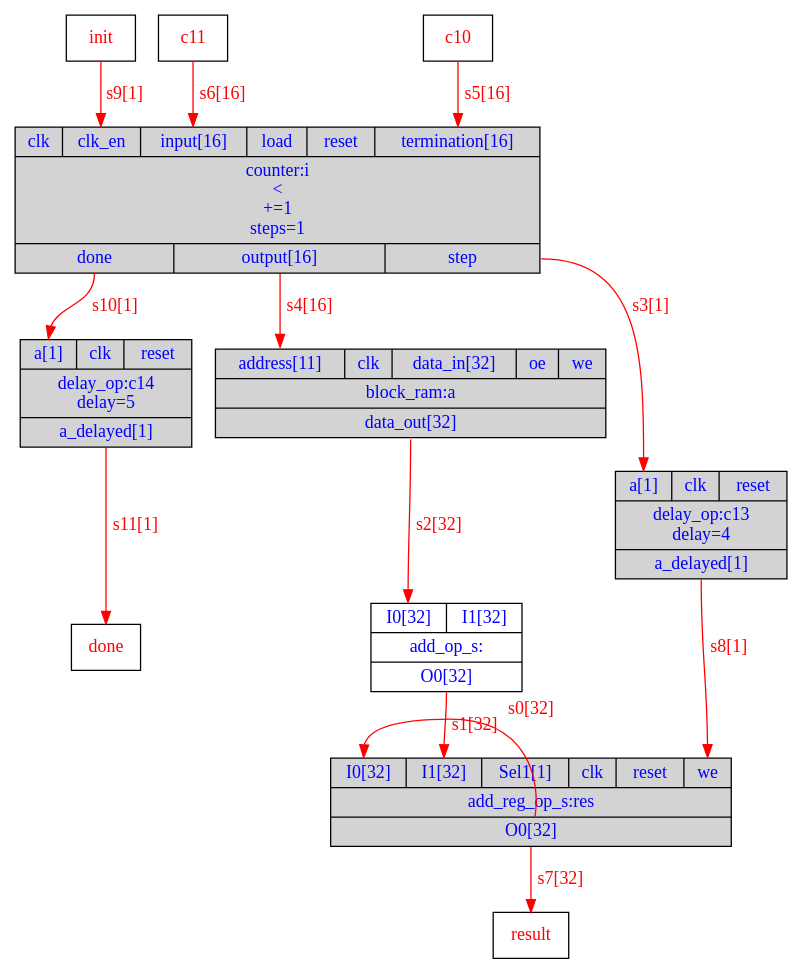
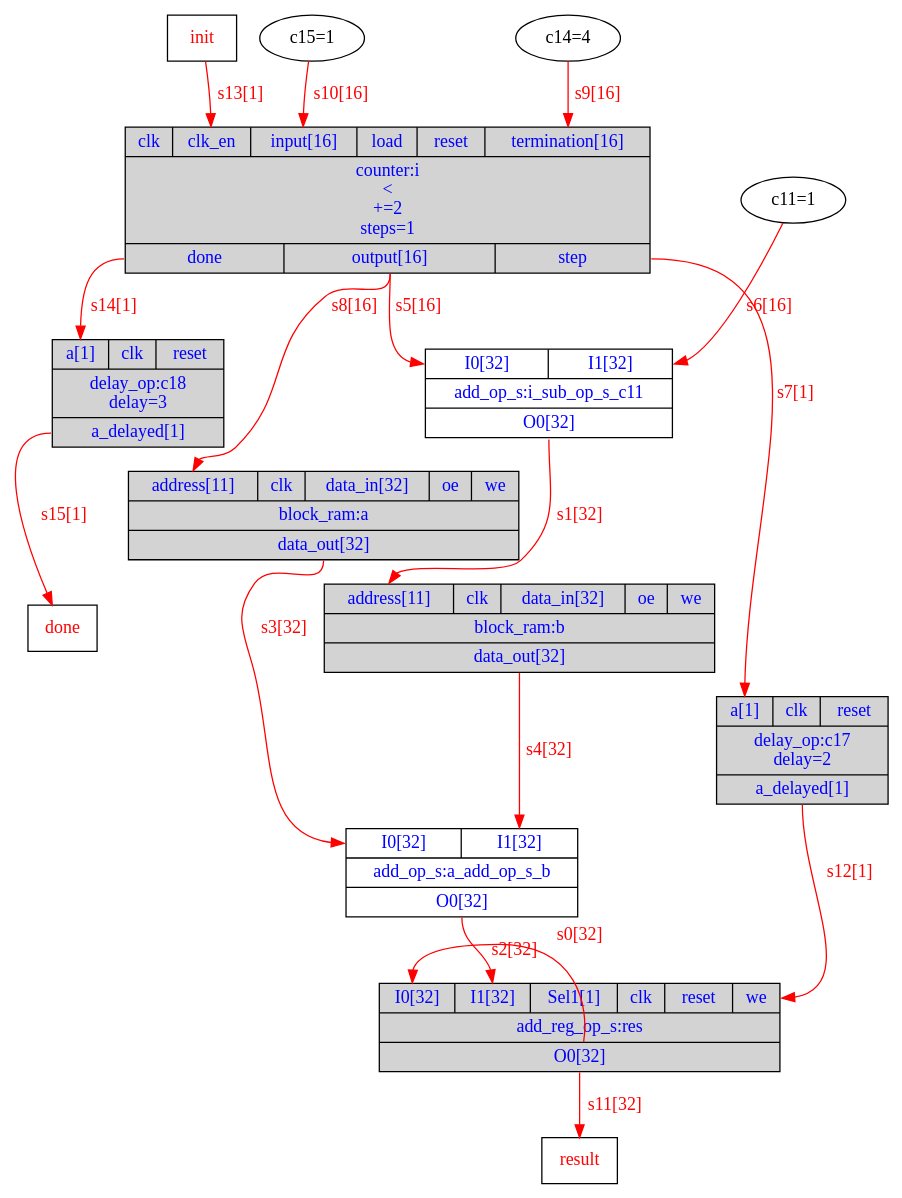
The diagram in Exemplos/indiceVec/DOT/Exemplo_HW.dot (menotti/lalp), drawn with Graphviz before and after one commit. The commit also changed 44 other files, not shown here.

```diff
--- a/Exemplos/indiceVec/DOT/Exemplo_HW.dot
+++ b/Exemplos/indiceVec/DOT/Exemplo_HW.dot
@@ -1,22 +1,28 @@
 digraph diagram {
 // Components (Nodes) 
-"i" [shape=record, fontcolor=blue, style="filled", fillcolor="lightgray", label="{{<clk>clk|<clk_en>clk_en|<input>input[16]|<load>load|<reset>reset|<termination>termination[16]}|counter:i\n\<\n+=1\nsteps=1|{<done>done|<output>output[16]|<step>step}}"]; 
+"i" [shape=record, fontcolor=blue, style="filled", fillcolor="lightgray", label="{{<clk>clk|<clk_en>clk_en|<input>input[16]|<load>load|<reset>reset|<termination>termination[16]}|counter:i\n\<\n+=2\nsteps=1|{<done>done|<output>output[16]|<step>step}}"]; 
 "res" [shape=record, fontcolor=blue, style="filled", fillcolor="lightgray", label="{{<I0>I0[32]|<I1>I1[32]|<Sel1>Sel1[1]|<clk>clk|<reset>reset|<we>we}|add_reg_op_s:res|{<O0>O0[32]}}"]; 
-"" [shape=record, fontcolor=blue, label="{{<I0>I0[32]|<I1>I1[32]}|add_op_s:|{<O0>O0[32]}}"]; 
+"a_add_op_s_b" [shape=record, fontcolor=blue, label="{{<I0>I0[32]|<I1>I1[32]}|add_op_s:a_add_op_s_b|{<O0>O0[32]}}"]; 
 "a" [shape=record, fontcolor=blue, style="filled", fillcolor="lightgray", label="{{<address>address[11]|<clk>clk|<data_in>data_in[32]|<oe>oe|<we>we}|block_ram:a|{<data_out>data_out[32]}}"]; 
-"init" [shape=msquare fontcolor=red label="init"]"done" [shape=msquare fontcolor=red label="done"]"c10" [shape=msquare fontcolor=red label="c10"]"c11" [shape=msquare fontcolor=red label="c11"]"result" [shape=msquare fontcolor=red label="result"]"c13" [shape=record, fontcolor=blue, style="filled", fillcolor="lightgray", label="{{<a>a[1]|<clk>clk|<reset>reset}|delay_op:c13\ndelay=4|{<a_delayed>a_delayed[1]}}"]; 
-"c14" [shape=record, fontcolor=blue, style="filled", fillcolor="lightgray", label="{{<a>a[1]|<clk>clk|<reset>reset}|delay_op:c14\ndelay=5|{<a_delayed>a_delayed[1]}}"]; 
+"b" [shape=record, fontcolor=blue, style="filled", fillcolor="lightgray", label="{{<address>address[11]|<clk>clk|<data_in>data_in[32]|<oe>oe|<we>we}|block_ram:b|{<data_out>data_out[32]}}"]; 
+"i_sub_op_s_c11" [shape=record, fontcolor=blue, label="{{<I0>I0[32]|<I1>I1[32]}|add_op_s:i_sub_op_s_c11|{<O0>O0[32]}}"]; 
+"c11" [fontcolor=b label="c11=1"]"init" [shape=msquare fontcolor=red label="init"]"done" [shape=msquare fontcolor=red label="done"]"c14" [fontcolor=b label="c14=4"]"c15" [fontcolor=b label="c15=1"]"result" [shape=msquare fontcolor=red label="result"]"c17" [shape=record, fontcolor=blue, style="filled", fillcolor="lightgray", label="{{<a>a[1]|<clk>clk|<reset>reset}|delay_op:c17\ndelay=2|{<a_delayed>a_delayed[1]}}"]; 
+"c18" [shape=record, fontcolor=blue, style="filled", fillcolor="lightgray", label="{{<a>a[1]|<clk>clk|<reset>reset}|delay_op:c18\ndelay=3|{<a_delayed>a_delayed[1]}}"]; 
 // Signals (Edges) 
 "res":O0 -> "res":I0[label="s0[32]" color=red fontcolor=red]; 
-"":O0 -> "res":I1[label="s1[32]" color=red fontcolor=red]; 
-"a":data_out -> "":I0[label="s2[32]" color=red fontcolor=red]; 
-"i":step -> "c13":a[label="s3[1]" color=red fontcolor=red]; 
-"i":output -> "a":address[label="s4[16]" color=red fontcolor=red]; 
-"c10":out -> "i":termination[label="s5[16]" color=red fontcolor=red]; 
-"c11":out -> "i":input[label="s6[16]" color=red fontcolor=red]; 
-"res":O0 -> "result":in[label="s7[32]" color=red fontcolor=red]; 
-"c13":a_delayed -> "res":we[label="s8[1]" color=red fontcolor=red]; 
-"init":out -> "i":clk_en[label="s9[1]" color=red fontcolor=red]; 
-"i":done -> "c14":a[label="s10[1]" color=red fontcolor=red]; 
-"c14":a_delayed -> "done":in[label="s11[1]" color=red fontcolor=red]; 
+"i_sub_op_s_c11":O0 -> "b":address[label="s1[32]" color=red fontcolor=red]; 
+"a_add_op_s_b":O0 -> "res":I1[label="s2[32]" color=red fontcolor=red]; 
+"a":data_out -> "a_add_op_s_b":I0[label="s3[32]" color=red fontcolor=red]; 
+"b":data_out -> "a_add_op_s_b":I1[label="s4[32]" color=red fontcolor=red]; 
+"i":output -> "i_sub_op_s_c11":I0[label="s5[16]" color=red fontcolor=red]; 
+"c11":out -> "i_sub_op_s_c11":I1[label="s6[16]" color=red fontcolor=red]; 
+"i":step -> "c17":a[label="s7[1]" color=red fontcolor=red]; 
+"i":output -> "a":address[label="s8[16]" color=red fontcolor=red]; 
+"c14":out -> "i":termination[label="s9[16]" color=red fontcolor=red]; 
+"c15":out -> "i":input[label="s10[16]" color=red fontcolor=red]; 
+"res":O0 -> "result":in[label="s11[32]" color=red fontcolor=red]; 
+"c17":a_delayed -> "res":we[label="s12[1]" color=red fontcolor=red]; 
+"init":out -> "i":clk_en[label="s13[1]" color=red fontcolor=red]; 
+"i":done -> "c18":a[label="s14[1]" color=red fontcolor=red]; 
+"c18":a_delayed -> "done":in[label="s15[1]" color=red fontcolor=red]; 
 }
```
